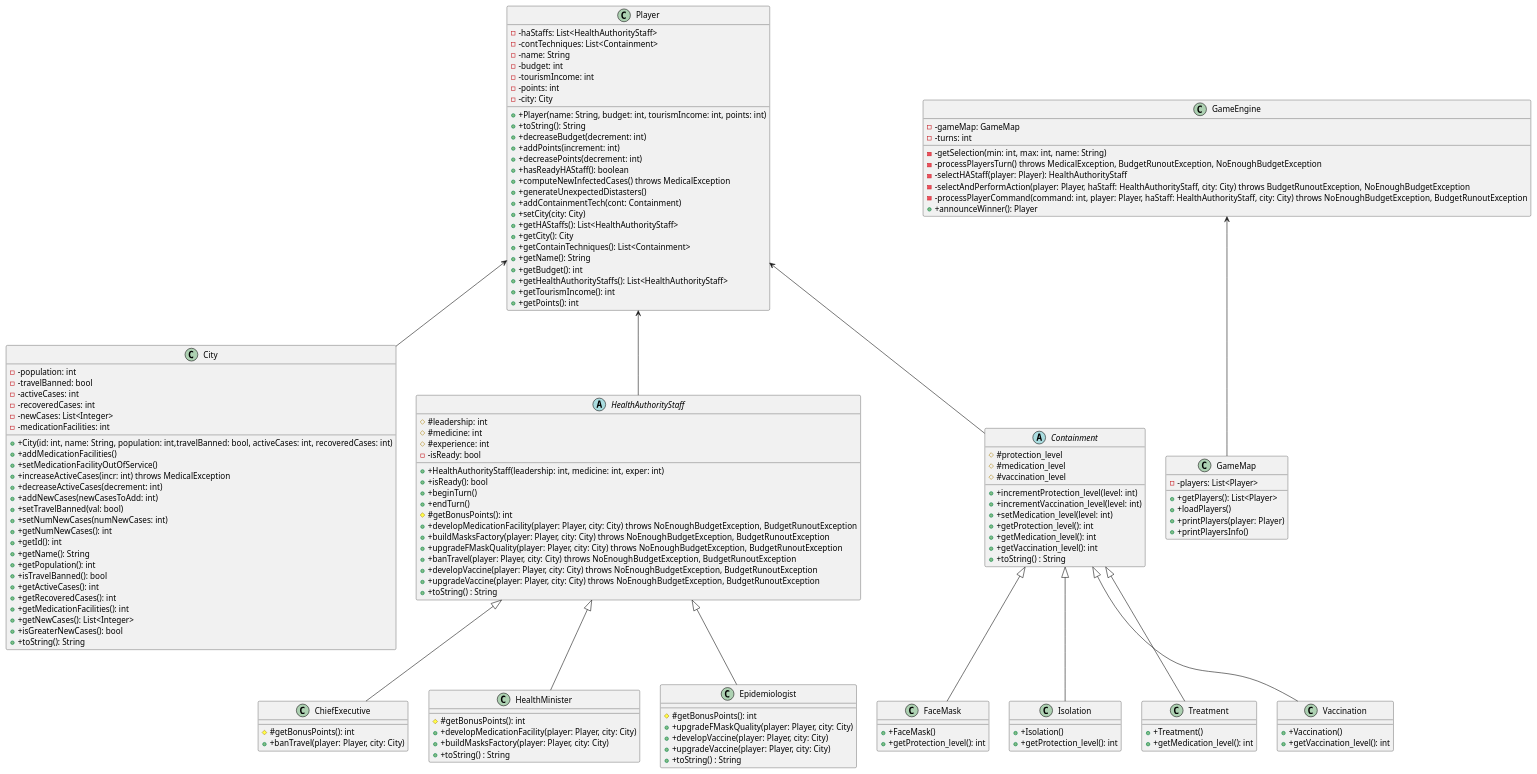
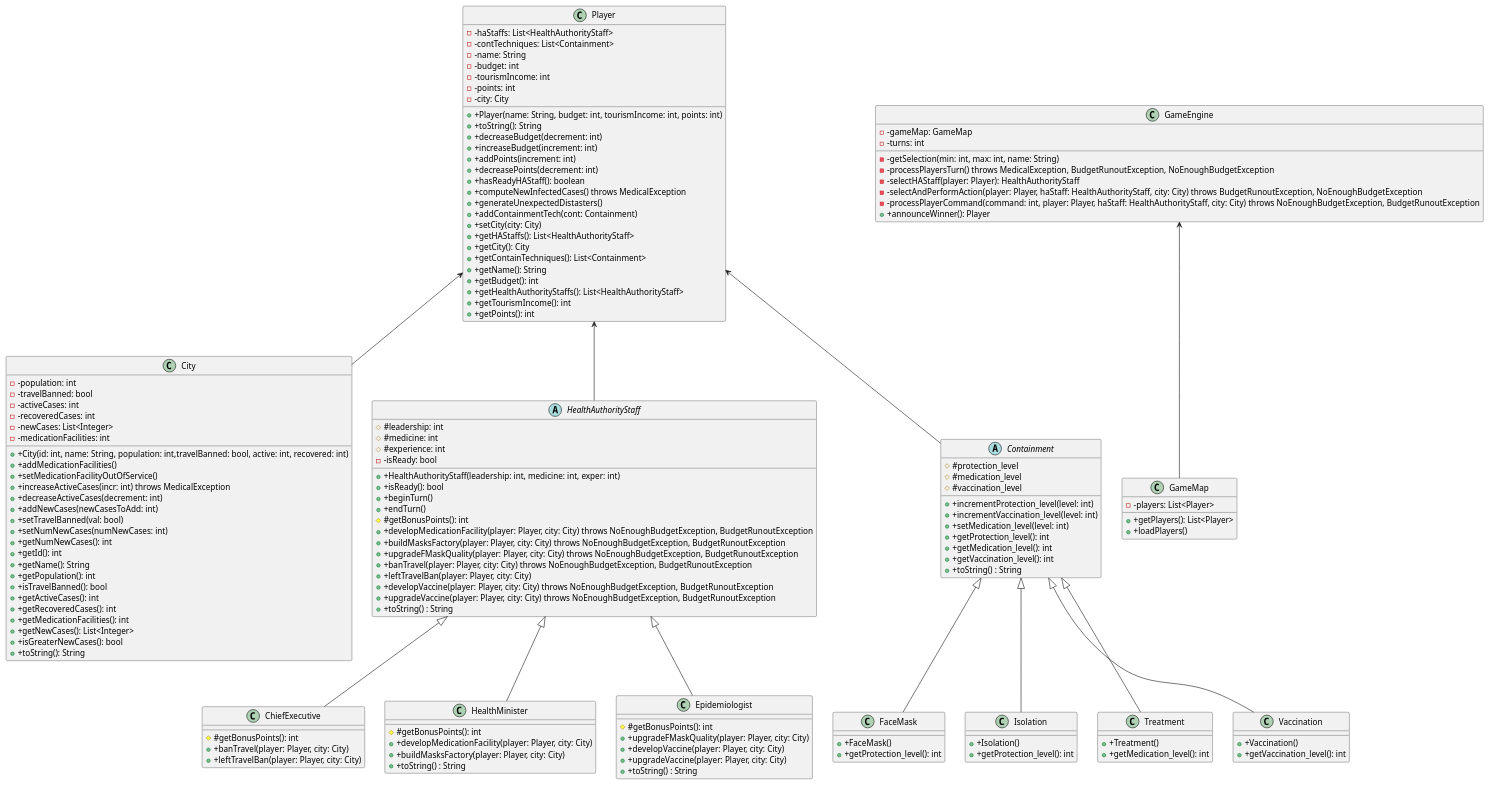
The diagram in engine.puml (ahmad-hl/comp3021-corona-spring2021), drawn with PlantUML before and after one commit. The commit also changed 7 other files, not shown here.

Commit message:
update ChiefExecutive: added leftTravelBan, and update player's toString() to show containments updates.

```diff
--- a/engine.puml
+++ b/engine.puml
@@ -1,155 +1,156 @@
 @startuml
 'https://plantuml.com/class-diagram
 class City{
 - -population: int
 - -travelBanned: bool
 - -activeCases: int
 - -recoveredCases: int
 - -newCases: List<Integer>
 - -medicationFacilities: int
-+ +City(id: int, name: String, population: int,travelBanned: bool, activeCases: int, recoveredCases: int)
++ +City(id: int, name: String, population: int,travelBanned: bool, active: int, recovered: int)
 + +addMedicationFacilities()
 + +setMedicationFacilityOutOfService()
 + +increaseActiveCases(incr: int) throws MedicalException
 + +decreaseActiveCases(decrement: int)
 + +addNewCases(newCasesToAdd: int)
 + +setTravelBanned(val: bool)
 + +setNumNewCases(numNewCases: int)
 + +getNumNewCases(): int
 + +getId(): int
 + +getName(): String
 + +getPopulation(): int
 + +isTravelBanned(): bool
 + +getActiveCases(): int
 + +getRecoveredCases(): int
 + +getMedicationFacilities(): int
 + +getNewCases(): List<Integer>
 + +isGreaterNewCases(): bool
 + +toString(): String
 }
 
 class Player{
 - -haStaffs: List<HealthAuthorityStaff>
 - -contTechniques: List<Containment>
 - -name: String
 - -budget: int
 - -tourismIncome: int
 - -points: int
 - -city: City
 + +Player(name: String, budget: int, tourismIncome: int, points: int)
 + +toString(): String
 + +decreaseBudget(decrement: int)
++ +increaseBudget(increment: int)
 + +addPoints(increment: int)
 + +decreasePoints(decrement: int)
 + +hasReadyHAStaff(): boolean
 + +computeNewInfectedCases() throws MedicalException
 + +generateUnexpectedDistasters()
 + +addContainmentTech(cont: Containment)
 + +setCity(city: City)
 + +getHAStaffs(): List<HealthAuthorityStaff>
 + +getCity(): City
 + +getContainTechniques(): List<Containment>
 + +getName(): String
 + +getBudget(): int
 + +getHealthAuthorityStaffs(): List<HealthAuthorityStaff>
 + +getTourismIncome(): int
 + +getPoints(): int
 }
 
 class GameEngine{
 - -gameMap: GameMap
 - -turns: int
 - -getSelection(min: int, max: int, name: String)
 - -processPlayersTurn() throws MedicalException, BudgetRunoutException, NoEnoughBudgetException
 - -selectHAStaff(player: Player): HealthAuthorityStaff
 - -selectAndPerformAction(player: Player, haStaff: HealthAuthorityStaff, city: City) throws BudgetRunoutException, NoEnoughBudgetException
 - -processPlayerCommand(command: int, player: Player, haStaff: HealthAuthorityStaff, city: City) throws NoEnoughBudgetException, BudgetRunoutException
 + +announceWinner(): Player
 }
 
 class GameMap{
 - -players: List<Player>
 + +getPlayers(): List<Player>
 + +loadPlayers()
-+ +printPlayers(player: Player)
-+ +printPlayersInfo()
 }
 
 abstract class HealthAuthorityStaff{
 # #leadership: int
 # #medicine: int
 # #experience: int
 - -isReady: bool
 + +HealthAuthorityStaff(leadership: int, medicine: int, exper: int)
 + +isReady(): bool
 + +beginTurn()
 + +endTurn()
 # #getBonusPoints(): int
 + +developMedicationFacility(player: Player, city: City) throws NoEnoughBudgetException, BudgetRunoutException
 + +buildMasksFactory(player: Player, city: City) throws NoEnoughBudgetException, BudgetRunoutException
 + +upgradeFMaskQuality(player: Player, city: City) throws NoEnoughBudgetException, BudgetRunoutException
 + +banTravel(player: Player, city: City) throws NoEnoughBudgetException, BudgetRunoutException
++ +leftTravelBan(player: Player, city: City)
 + +developVaccine(player: Player, city: City) throws NoEnoughBudgetException, BudgetRunoutException
 + +upgradeVaccine(player: Player, city: City) throws NoEnoughBudgetException, BudgetRunoutException
 + +toString() : String
 }
 
 class ChiefExecutive{
 # #getBonusPoints(): int
 + +banTravel(player: Player, city: City)
++ +leftTravelBan(player: Player, city: City)
 }
 class HealthMinister{
 # #getBonusPoints(): int
 + +developMedicationFacility(player: Player, city: City)
 + +buildMasksFactory(player: Player, city: City)
 + +toString() : String
 }
 class Epidemiologist{
 # #getBonusPoints(): int
 + +upgradeFMaskQuality(player: Player, city: City)
 + +developVaccine(player: Player, city: City)
 + +upgradeVaccine(player: Player, city: City)
 + +toString() : String
 }
 HealthAuthorityStaff <|-- ChiefExecutive
 HealthAuthorityStaff <|-- HealthMinister
 HealthAuthorityStaff <|-- Epidemiologist
 
 abstract class Containment{
 # #protection_level
 # #medication_level
 # #vaccination_level
 + +incrementProtection_level(level: int)
 + +incrementVaccination_level(level: int)
 + +setMedication_level(level: int)
 + +getProtection_level(): int
 + +getMedication_level(): int
 + +getVaccination_level(): int
 + +toString() : String
 }
 class FaceMask{
 + +FaceMask()
 + +getProtection_level(): int
 }
 class Isolation{
 + +Isolation()
 + +getProtection_level(): int
 }
 class Treatment{
 + +Treatment()
 + +getMedication_level(): int
 }
 class Vaccination{
 + +Vaccination()
 + +getVaccination_level(): int
 }
 Containment <|-- FaceMask
 Containment <|-- Isolation
 Containment <|-- Treatment
 Containment <|-- Vaccination
 
 Player <-- City
 Player <-- Containment
 Player <-- HealthAuthorityStaff
 GameEngine <-- GameMap
 @enduml
```
